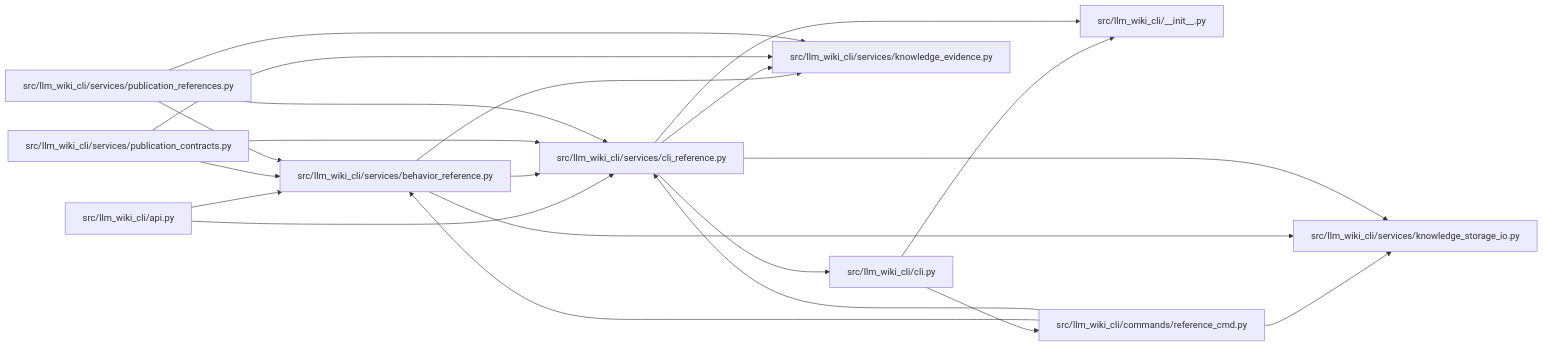
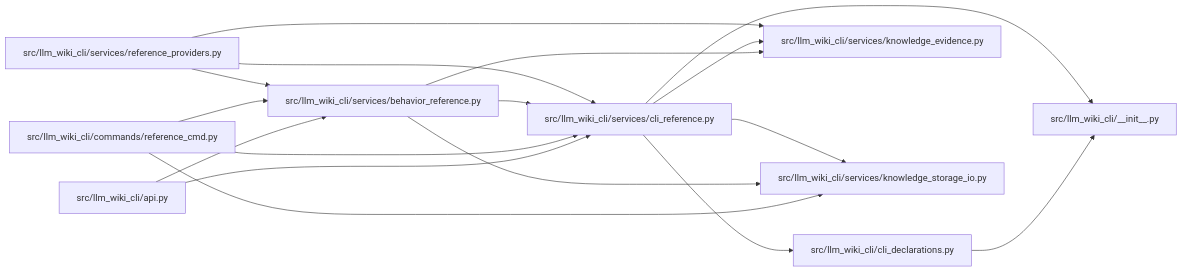
Before and after one commit to Denissvgn/python-wiki-llm: the diagram in docs/llm_wiki/modules/cli_reference.md, drawn with Mermaid. The commit also changed other lines of this file and 1555 other files, not shown here.

````diff
--- a/docs/llm_wiki/modules/cli_reference.md
+++ b/docs/llm_wiki/modules/cli_reference.md
@@ -32,43 +32,37 @@
 ```mermaid
 flowchart LR
     n0["src/llm_wiki_cli/__init__.py"]
     n1["src/llm_wiki_cli/api.py"]
-    n2["src/llm_wiki_cli/cli.py"]
+    n2["src/llm_wiki_cli/cli_declarations.py"]
     n3["src/llm_wiki_cli/commands/reference_cmd.py"]
     n4["src/llm_wiki_cli/services/behavior_reference.py"]
     n5["src/llm_wiki_cli/services/cli_reference.py"]
     n6["src/llm_wiki_cli/services/knowledge_evidence.py"]
     n7["src/llm_wiki_cli/services/knowledge_storage_io.py"]
-    n8["src/llm_wiki_cli/services/publication_contracts.py"]
-    n9["src/llm_wiki_cli/services/publication_references.py"]
+    n8["src/llm_wiki_cli/services/reference_providers.py"]
     n1 --> n4
     n1 --> n5
     n2 --> n0
-    n2 --> n3
     n3 --> n4
     n3 --> n5
     n3 --> n7
     n4 --> n5
     n4 --> n6
     n4 --> n7
     n5 --> n0
     n5 --> n2
     n5 --> n6
     n5 --> n7
     n8 --> n4
     n8 --> n5
     n8 --> n6
-    n9 --> n4
-    n9 --> n5
-    n9 --> n6
     click n0 "../modules/llm_wiki_cli___init__.md"
     click n1 "../modules/api.md"
-    click n2 "../modules/cli.md"
+    click n2 "../modules/cli_declarations.md"
     click n3 "../modules/reference_cmd.md"
     click n4 "../modules/behavior_reference.md"
     click n5 "../modules/cli_reference.md"
     click n6 "../modules/knowledge_evidence.md"
     click n7 "../modules/knowledge_storage_io.md"
-    click n8 "../modules/publication_contracts.md"
-    click n9 "../modules/publication_references.md"
+    click n8 "../modules/reference_providers.md"
 ```
````
